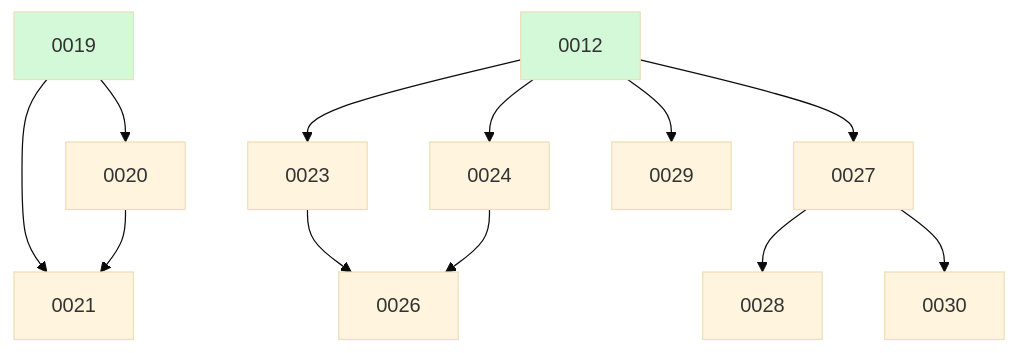
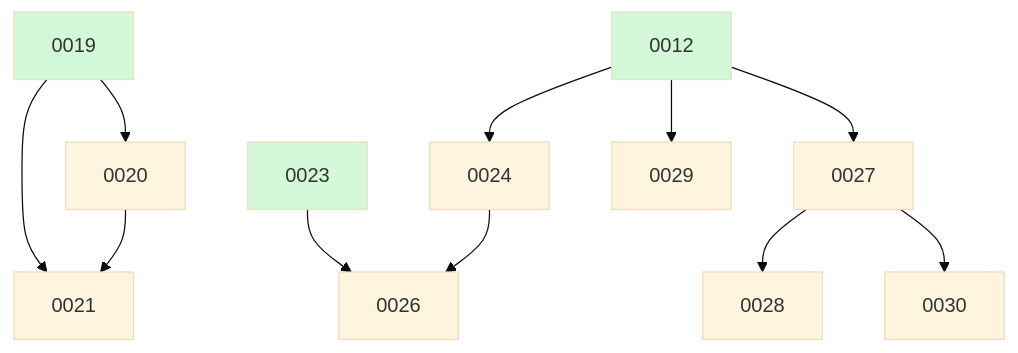
Before and after one commit to ethanhinson/fuse: the diagram in docs/changes/BOARD.md, drawn with Mermaid (base theme). The commit also changed other lines of this file, not shown here.

````diff
--- a/docs/changes/BOARD.md
+++ b/docs/changes/BOARD.md
@@ -29,17 +23,17 @@
 ```mermaid
 graph TD
   0019 --> 0020
   0019 --> 0021
   0020 --> 0021
-  0012 --> 0023
   0012 --> 0024
   0023 --> 0026
   0024 --> 0026
   0012 --> 0027
   0027 --> 0028
   0012 --> 0029
   0027 --> 0030
   0012:::done
   0019:::done
+  0023:::done
   classDef done fill:#d3f9d8;
 ```
````
